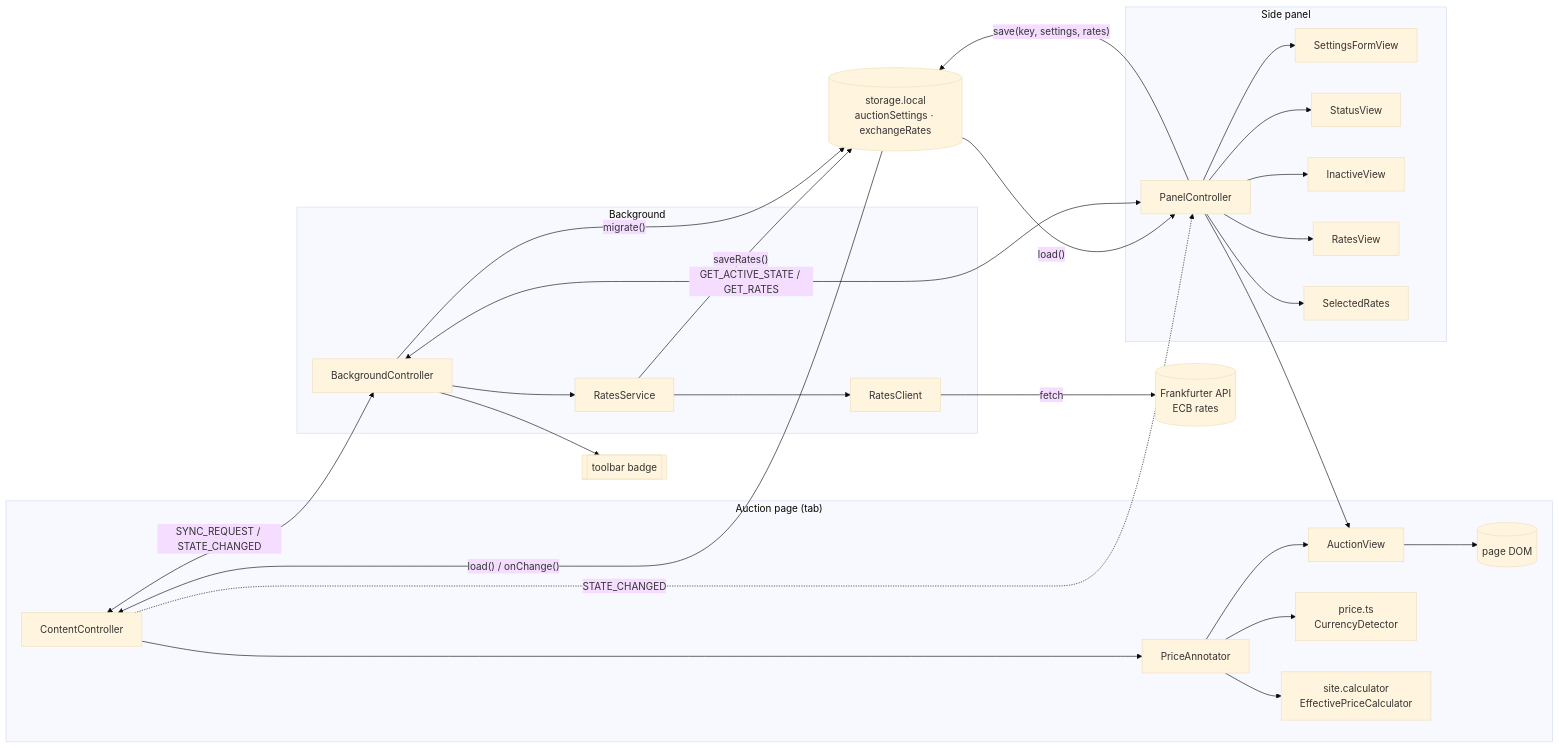
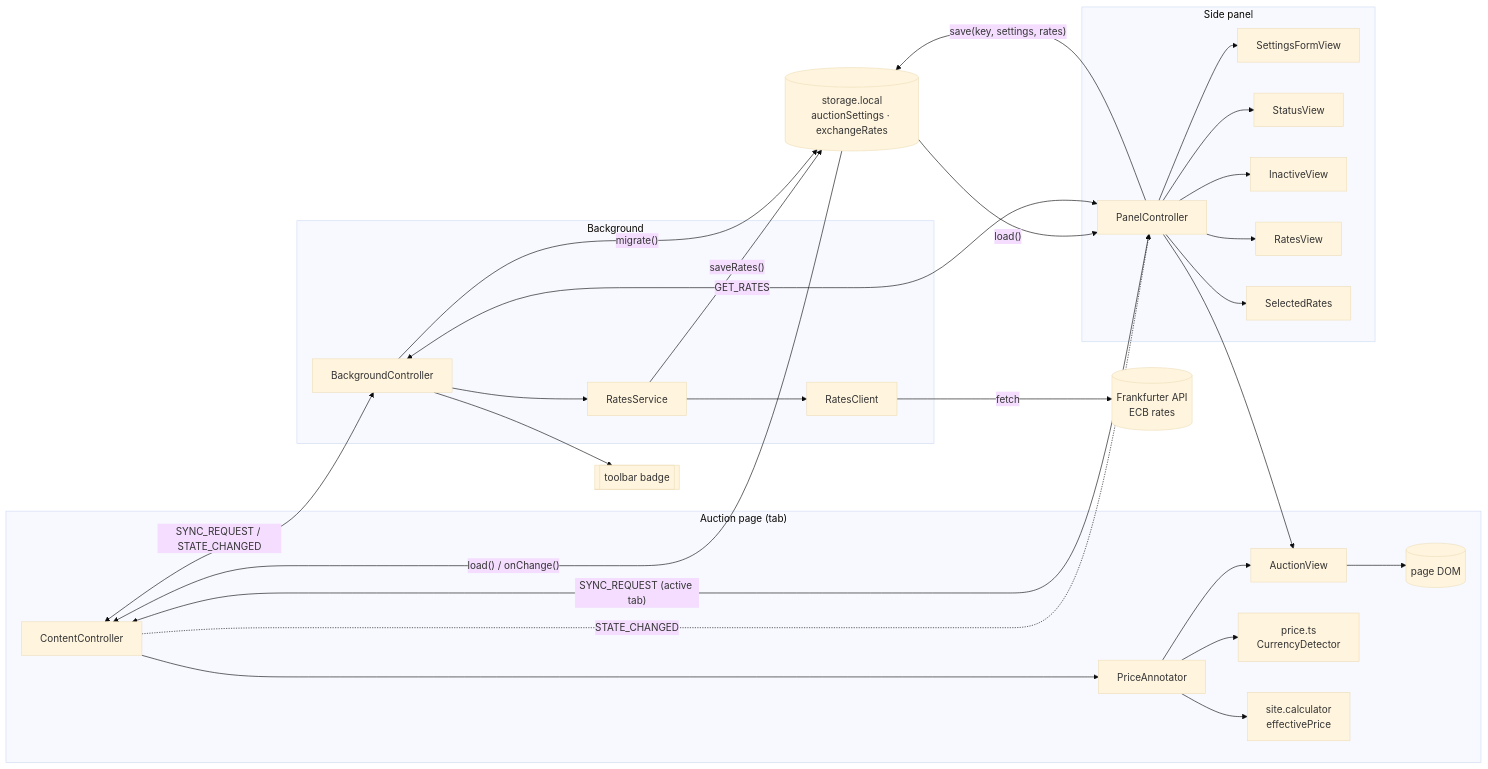
The second of 8 diagrams in docs/architecture.md (radyak/minerva-browserplugin), drawn with Mermaid (base theme) before and after one commit. The commit also changed other lines of this file and 43 other files, not shown here.

````diff
--- a/docs/architecture.md
+++ b/docs/architecture.md
@@ -58,45 +58,46 @@
 ```mermaid
 flowchart LR
   subgraph page["Auction page (tab)"]
     DOM[("page DOM")]
     CC["ContentController"]
     PA["PriceAnnotator"]
     AV["AnnotationView"]
     CC --> PA --> AV --> DOM
     PA --> PRICE["price.ts<br/>CurrencyDetector"]
-    PA --> CALC["site.calculator<br/>EffectivePriceCalculator"]
+    PA --> CALC["site.calculator<br/>effectivePrice"]
   end
 
   subgraph bg["Background"]
     BC["BackgroundController"]
     RS["RatesService"]
     RC["RatesClient"]
     BC --> RS --> RC
   end
 
   subgraph panel["Side panel"]
     PC["PanelController"]
     SFV["SettingsFormView"]
     SV["StatusView"]
     AV["AuctionView"]
     IV["InactiveView"]
     RV["RatesView"]
     SR["SelectedRates"]
     PC --> SFV & SV & AV & IV & RV & SR
   end
 
   STORE[("storage.local<br/>auctionSettings · exchangeRates")]
   API[("Frankfurter API<br/>ECB rates")]
   BADGE[["toolbar badge"]]
 
   RC -->|fetch| API
   BC --> BADGE
   CC <-->|"SYNC_REQUEST / STATE_CHANGED"| BC
+  PC <-->|"SYNC_REQUEST (active tab)"| CC
   CC -.->|STATE_CHANGED| PC
-  PC <-->|"GET_ACTIVE_STATE / GET_RATES"| BC
+  PC <-->|GET_RATES| BC
   PC -->|"save(key, settings, rates)"| STORE
   RS -->|"saveRates()"| STORE
   STORE -->|"load() / onChange()"| CC
   STORE -->|"load()"| PC
   BC -->|"migrate()"| STORE
 ```
````
